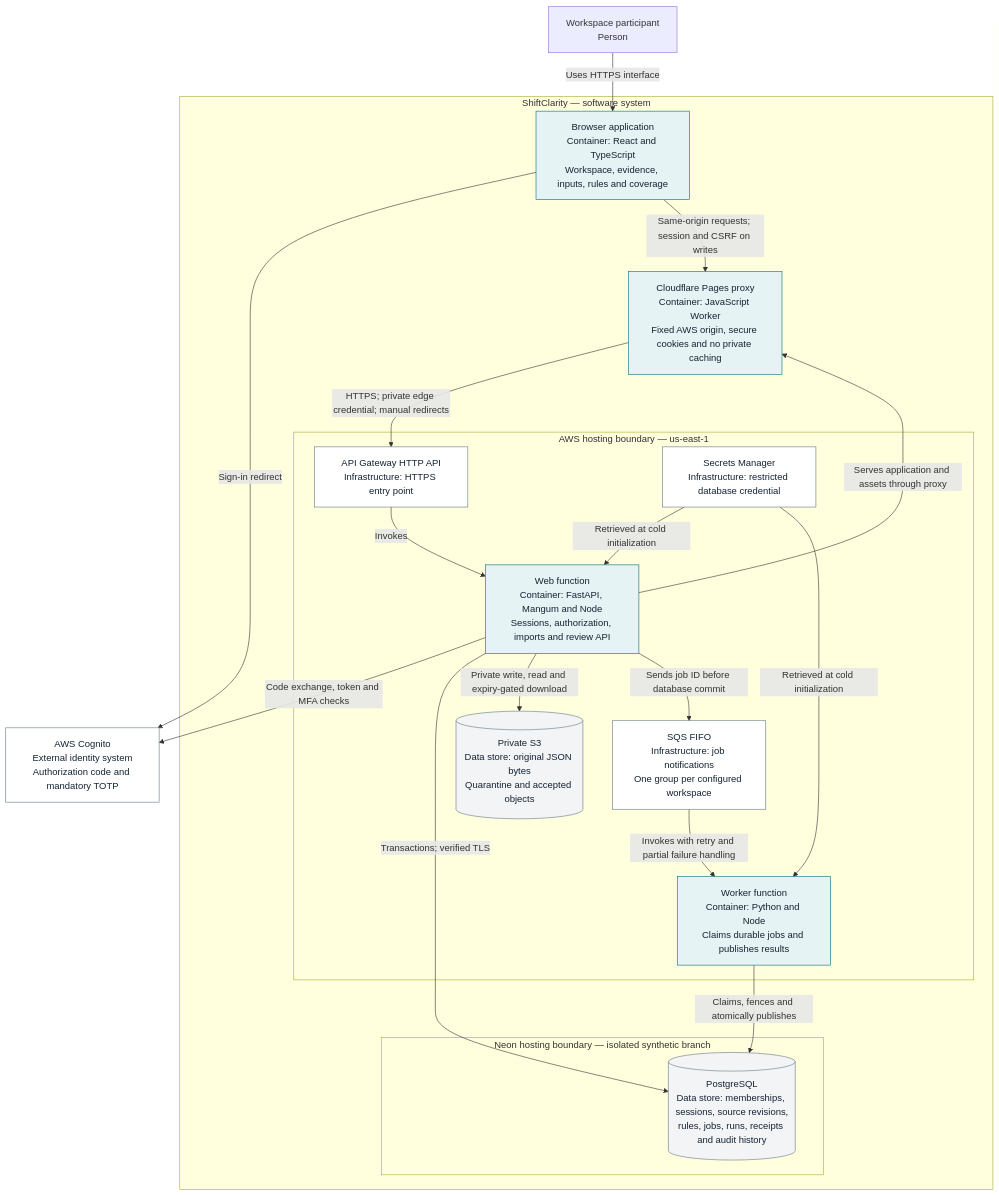
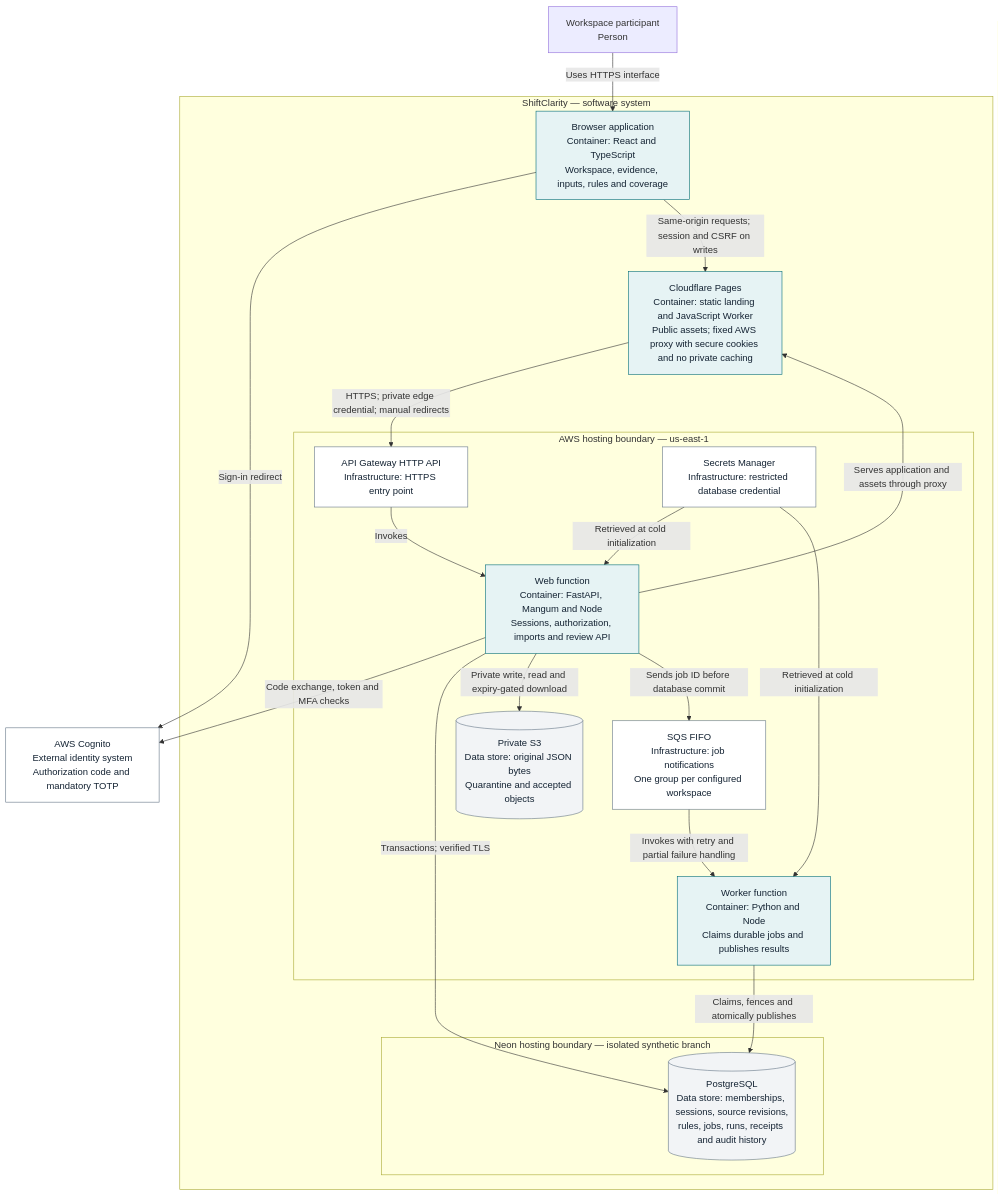
Before and after one commit to manynames3/ShiftClarity: the second of 3 diagrams in docs/architecture/README.md, drawn with Mermaid. The commit also changed other lines of this file and 21 other files, not shown here.

Commit message:
Add approved public landing page on Cloudflare Pages

````diff
--- a/docs/architecture/README.md
+++ b/docs/architecture/README.md
@@ -40,46 +42,46 @@
 ```mermaid
 flowchart TB
     user["Workspace participant<br/>Person"]
     cognito["AWS Cognito<br/>External identity system<br/>Authorization code and mandatory TOTP"]
 
     subgraph sc["ShiftClarity — software system"]
         ui["Browser application<br/>Container: React and TypeScript<br/>Workspace, evidence, inputs, rules and coverage"]
 
-        edge["Cloudflare Pages proxy<br/>Container: JavaScript Worker<br/>Fixed AWS origin, secure cookies and no private caching"]
+        edge["Cloudflare Pages<br/>Container: static landing and JavaScript Worker<br/>Public assets; fixed AWS proxy with secure cookies and no private caching"]
 
         subgraph aws["AWS hosting boundary — us-east-1"]
             gateway["API Gateway HTTP API<br/>Infrastructure: HTTPS entry point"]
             web["Web function<br/>Container: FastAPI, Mangum and Node<br/>Sessions, authorization, imports and review API"]
             queue["SQS FIFO<br/>Infrastructure: job notifications<br/>One group per configured workspace"]
             worker["Worker function<br/>Container: Python and Node<br/>Claims durable jobs and publishes results"]
             objects[("Private S3<br/>Data store: original JSON bytes<br/>Quarantine and accepted objects")]
             secrets["Secrets Manager<br/>Infrastructure: restricted database credential"]
         end
 
         subgraph neon["Neon hosting boundary — isolated synthetic branch"]
             db[("PostgreSQL<br/>Data store: memberships, sessions, source revisions,<br/>rules, jobs, runs, receipts and audit history")]
         end
     end
 
     user -->|"Uses HTTPS interface"| ui
     ui -->|"Sign-in redirect"| cognito
     ui -->|"Same-origin requests; session and CSRF on writes"| edge
     edge -->|"HTTPS; private edge credential; manual redirects"| gateway
     gateway -->|"Invokes"| web
     web -->|"Code exchange, token and MFA checks"| cognito
     web -->|"Serves application and assets through proxy"| edge
     web -->|"Transactions; verified TLS"| db
     web -->|"Private write, read and expiry-gated download"| objects
     web -->|"Sends job ID before database commit"| queue
     queue -->|"Invokes with retry and partial failure handling"| worker
     worker -->|"Claims, fences and atomically publishes"| db
     secrets -->|"Retrieved at cold initialization"| web
     secrets -->|"Retrieved at cold initialization"| worker
 
     classDef app fill:#e6f3f4,stroke:#006C78,color:#142333;
     classDef store fill:#f2f4f6,stroke:#667788,color:#142333;
     classDef infra fill:#ffffff,stroke:#667788,color:#142333;
     class ui,edge,web,worker app;
     class db,objects store;
     class gateway,queue,secrets,cognito infra;
 ```
````
